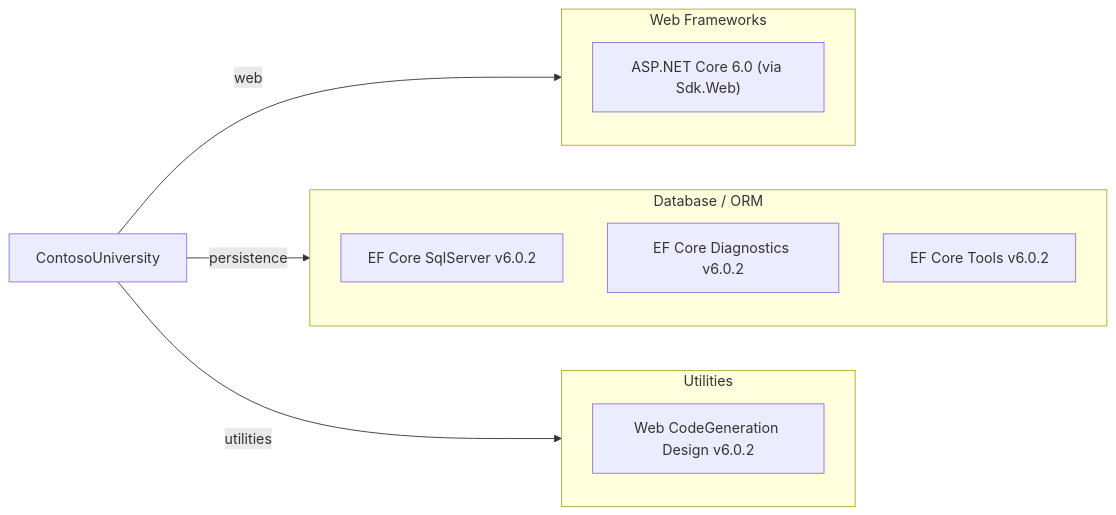
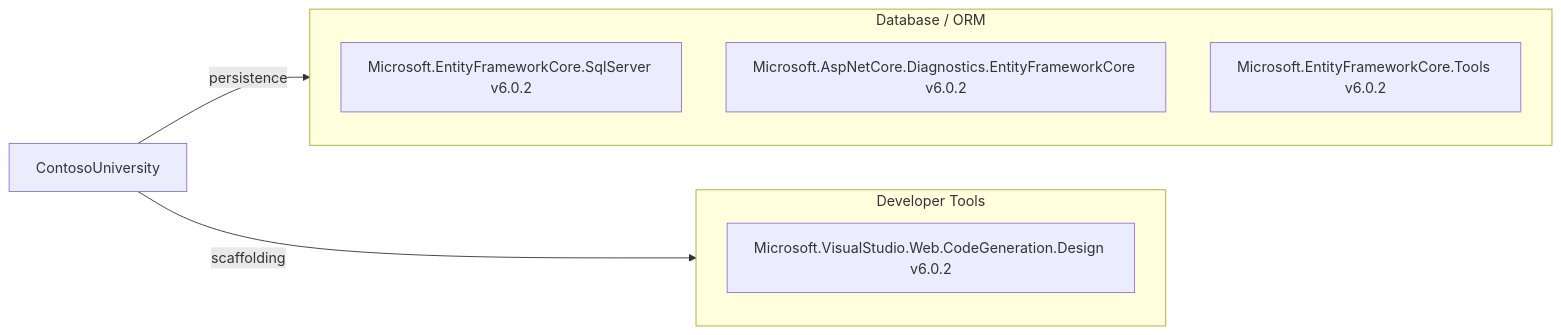
Before and after one commit to zhoufenqin/ContosoUniversity: the diagram in .github/modernize/dependency-map.md, drawn with Mermaid. The commit also changed other lines of this file and 269 other files, not shown here.

Commit message:
Add assessment report, architecture diagram, and dependency map

````diff
--- a/.github/modernize/dependency-map.md
+++ b/.github/modernize/dependency-map.md
@@ -7,20 +7,16 @@
 ```mermaid
 flowchart LR
     App["ContosoUniversity"]
 
-    subgraph Web["Web Frameworks"]
-        ASPNET["ASP.NET Core 6.0 (via Sdk.Web)"]
+    subgraph DB["Database / ORM"]
+        EFSqlServer["Microsoft.EntityFrameworkCore.SqlServer v6.0.2"]
+        EFDiagnostics["Microsoft.AspNetCore.Diagnostics.EntityFrameworkCore v6.0.2"]
+        EFTools["Microsoft.EntityFrameworkCore.Tools v6.0.2"]
     end
-    subgraph DB["Database / ORM"]
-        EFSqlServer["EF Core SqlServer v6.0.2"]
-        EFDiag["EF Core Diagnostics v6.0.2"]
-        EFTools["EF Core Tools v6.0.2"]
-    end
-    subgraph Util["Utilities"]
-        CodeGen["Web CodeGeneration Design v6.0.2"]
+    subgraph Dev["Developer Tools"]
+        CodeGen["Microsoft.VisualStudio.Web.CodeGeneration.Design v6.0.2"]
     end
 
-    App -->|"web"| Web
     App -->|"persistence"| DB
-    App -->|"utilities"| Util
+    App -->|"scaffolding"| Dev
 ```
````
